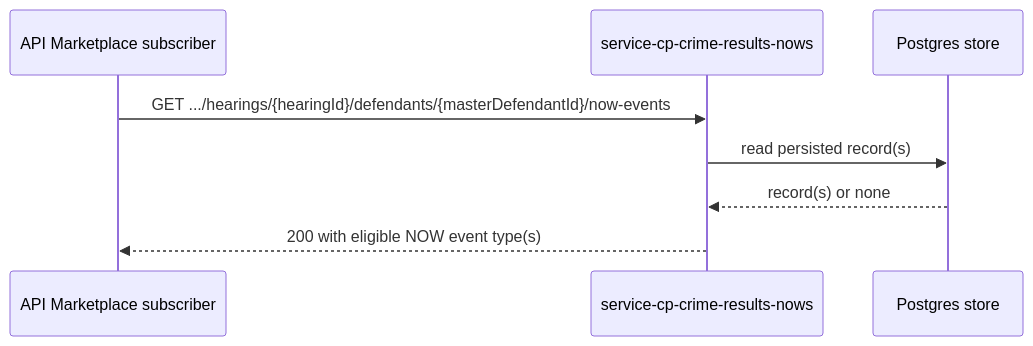
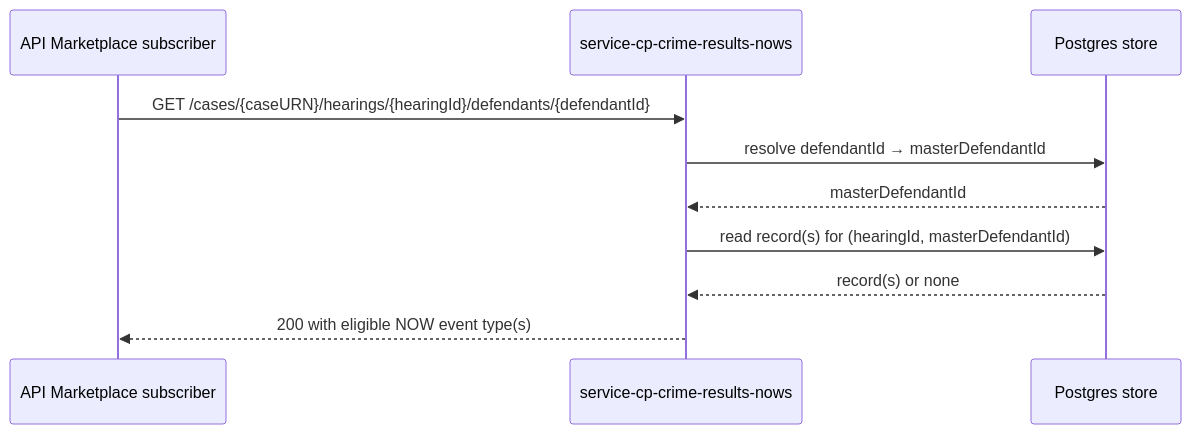
The third of 3 diagrams in docs/designs/2026-08-28-nows-api-marketplace-design.md (hmcts/service-cp-crime-results-nows), drawn with Mermaid before and after one commit. The commit also changed other lines of this file, not shown here.

First line of the commit message:
docs(design): fix read endpoint to address by caseURN/defendantId, not masterDefendantId

````diff
--- a/docs/designs/2026-08-28-nows-api-marketplace-design.md
+++ b/docs/designs/2026-08-28-nows-api-marketplace-design.md
@@ -59,11 +59,13 @@
 ```mermaid
 sequenceDiagram
     participant Sub as API Marketplace subscriber
     participant API as service-cp-crime-results-nows
     participant DB as Postgres store
 
-    Sub->>API: GET .../hearings/{hearingId}/defendants/{masterDefendantId}/now-events
-    API->>DB: read persisted record(s)
+    Sub->>API: GET /cases/{caseURN}/hearings/{hearingId}/defendants/{defendantId}
+    API->>DB: resolve defendantId → masterDefendantId
+    DB-->>API: masterDefendantId
+    API->>DB: read record(s) for (hearingId, masterDefendantId)
     DB-->>API: record(s) or none
     API-->>Sub: 200 with eligible NOW event type(s)
 ```
````
